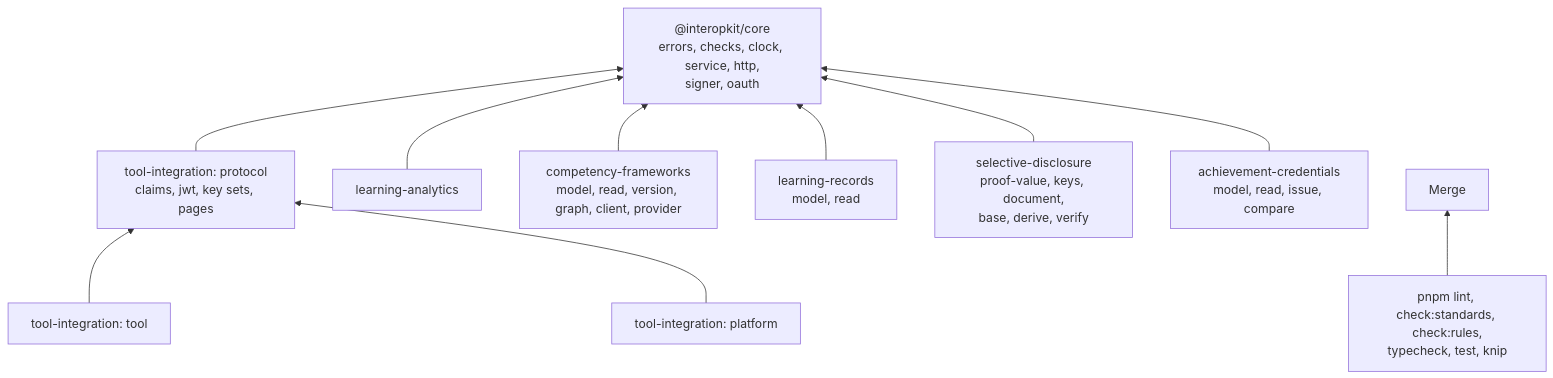
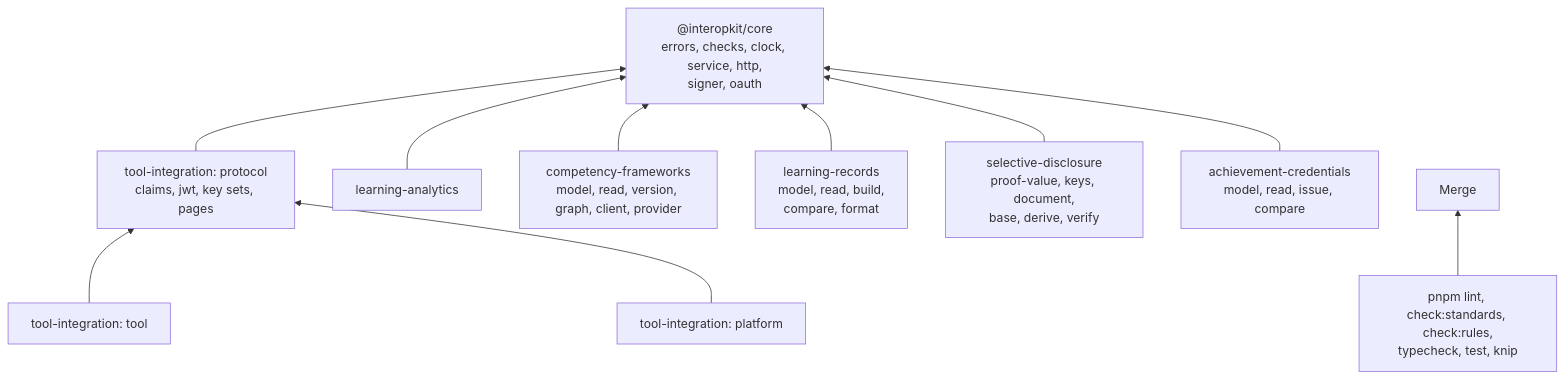
The diagram in AGENTS.md (interopkit/interopkit), drawn with Mermaid before and after one commit. The commit also changed other lines of this file and 45 other files, not shown here.

First line of the commit message:
Add builders, comparison and formats of Statements to learning-records

````diff
--- a/AGENTS.md
+++ b/AGENTS.md
@@ -15,21 +15,21 @@
 ```mermaid
 flowchart BT
   core["@interopkit/core<br/>errors, checks, clock, service, http,<br/>signer, oauth"]
   proto["tool-integration: protocol<br/>claims, jwt, key sets, pages"]
   tool["tool-integration: tool"]
   plat["tool-integration: platform"]
   la["learning-analytics"]
   cf["competency-frameworks<br/>model, read, version, graph, client, provider"]
-  lr["learning-records<br/>model, read"]
+  lr["learning-records<br/>model, read, build,<br/>compare, format"]
   sd["selective-disclosure<br/>proof-value, keys, document,<br/>base, derive, verify"]
   ac["achievement-credentials<br/>model, read, issue, compare"]
   proto --> core
   tool --> proto
   plat --> proto
   la --> core
   cf --> core
   lr --> core
   sd --> core
   ac --> core
   gates["pnpm lint, check:standards, check:rules,<br/>typecheck, test, knip"] --> merge["Merge"]
 ```
````
